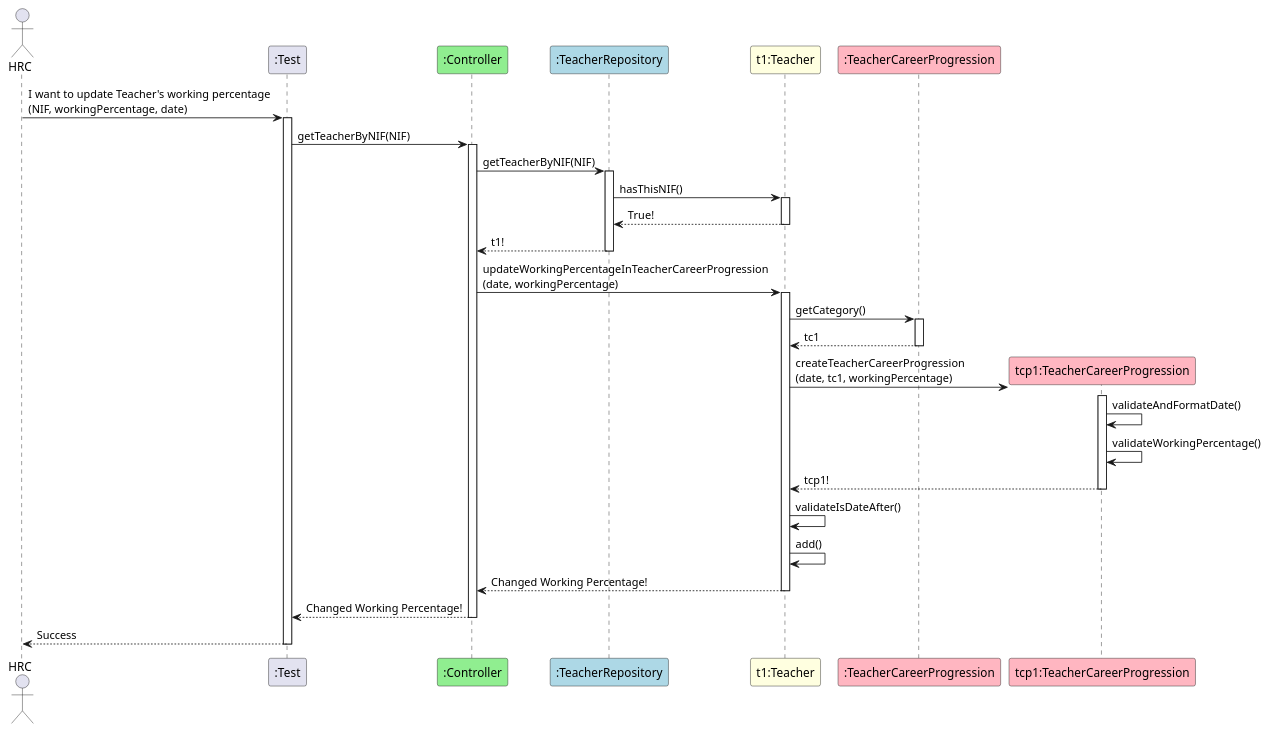
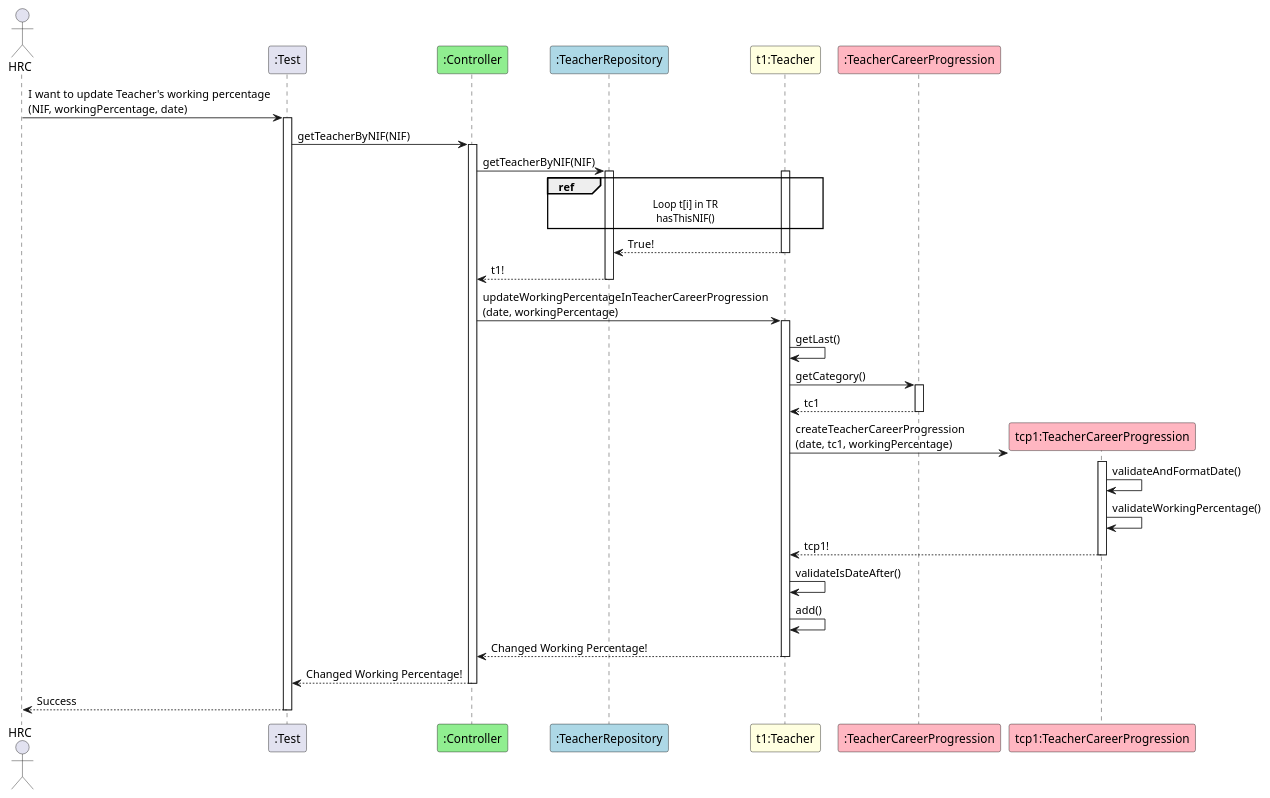
The diagram in docs/sequenceSystemDiagrams/US15/US15_UpdateTeacherWorkingPercentage.puml (GasparISEP/DevOps-PAI), drawn with PlantUML before and after one commit.

Commit message:
Made changes to US15_SequenceDiagram

```diff
--- a/docs/sequenceSystemDiagrams/US15/US15_UpdateTeacherWorkingPercentage.puml
+++ b/docs/sequenceSystemDiagrams/US15/US15_UpdateTeacherWorkingPercentage.puml
@@ -1,52 +1,57 @@
 @startuml
 
 actor HRC
 participant ":Test" as Test
 participant ":Controller" as Controller #lightgreen
 participant ":TeacherRepository" as TR #lightblue
 participant "t1:Teacher" as Teacher #lightyellow
 participant ":TeacherCareerProgression" as TCP #lightpink
 participant "tcp1:TeacherCareerProgression" as TCP1 #lightpink
 
 
 HRC -> Test : I want to update Teacher's working percentage \n(NIF, workingPercentage, date)
 activate Test
 Test -> Controller : getTeacherByNIF(NIF)
 activate Controller
+
 Controller -> TR : getTeacherByNIF(NIF)
 activate TR
-TR -> Teacher : hasThisNIF()
+ref over TR, Teacher
+    Loop t[i] in TR
+    hasThisNIF()
+end ref
 activate Teacher
 Teacher --> TR : True!
 deactivate Teacher
 TR --> Controller : t1!
 deactivate TR
 
 deactivate TCP
 deactivate TR
 
 deactivate Teacher
 
 Controller -> Teacher : updateWorkingPercentageInTeacherCareerProgression \n(date, workingPercentage)
 activate Teacher
+Teacher -> Teacher : getLast()
 Teacher -> TCP : getCategory()
 activate TCP
 TCP --> Teacher : tc1
 deactivate TCP
 Teacher -> TCP1** : createTeacherCareerProgression \n(date, tc1, workingPercentage)
 activate TCP1
 TCP1 -> TCP1 : validateAndFormatDate()
 TCP1 -> TCP1 : validateWorkingPercentage()
 TCP1 --> Teacher : tcp1!
 deactivate TCP1
 Teacher -> Teacher : validateIsDateAfter()
 Teacher -> Teacher : add()
 
 Teacher --> Controller : Changed Working Percentage!
 deactivate Teacher
 
 Controller --> Test : Changed Working Percentage!
 deactivate Controller
 Test --> HRC : Success
 deactivate Test
 @enduml
```
